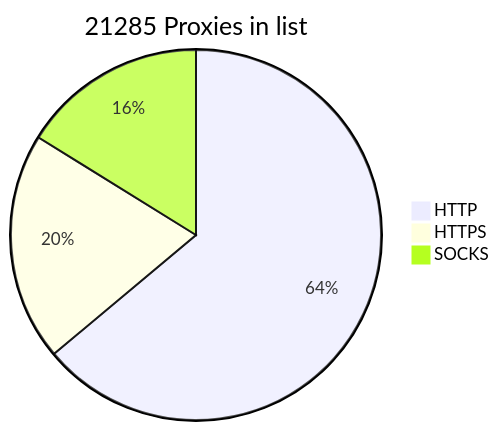
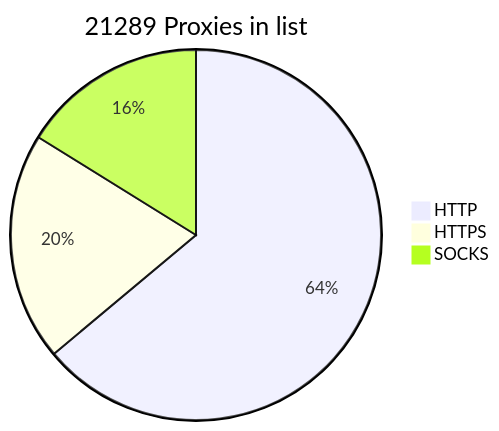
The diagram in README.md (BlackSnowDot/proxylist-update-every-minute), drawn with Mermaid before and after one commit.

````diff
--- a/README.md
+++ b/README.md
@@ -2,6 +2,6 @@
 ```mermaid
-pie title 21285 Proxies in list
-    "HTTP" : 15538
-    "HTTPS": 4844
+pie title 21289 Proxies in list
+    "HTTP" : 15542
+    "HTTPS": 4846
     "SOCKS" : 3931
 ```
````
